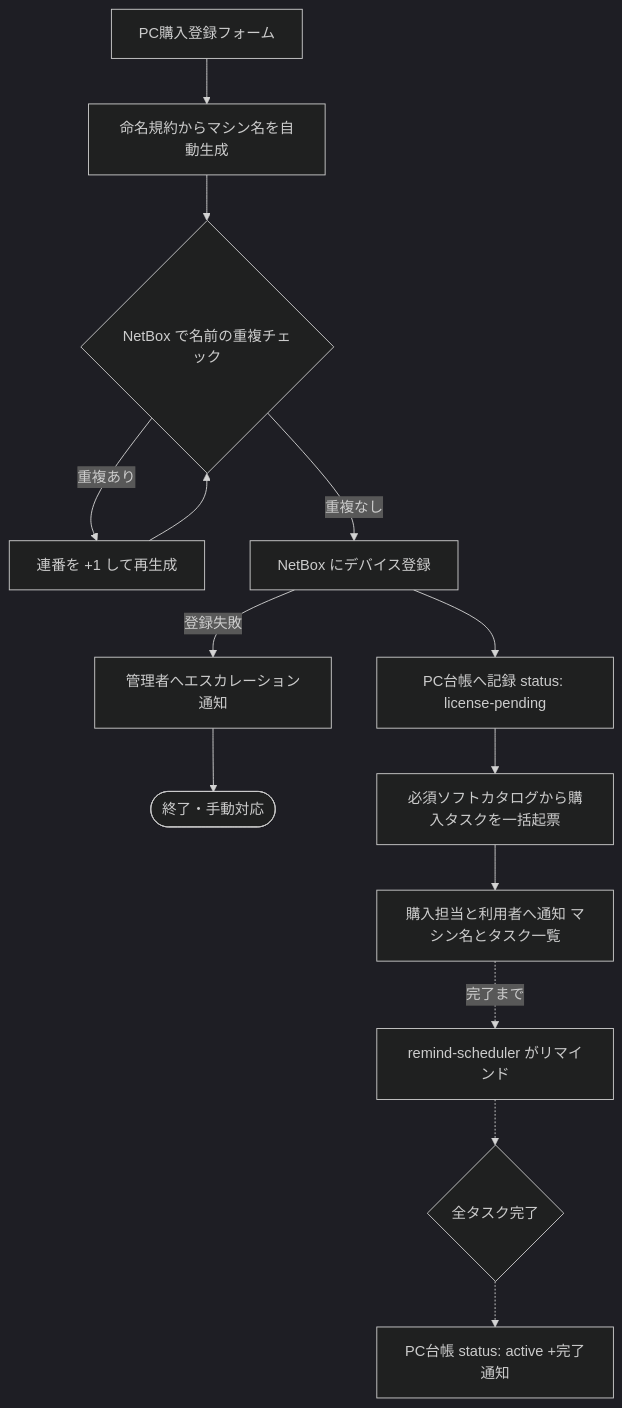
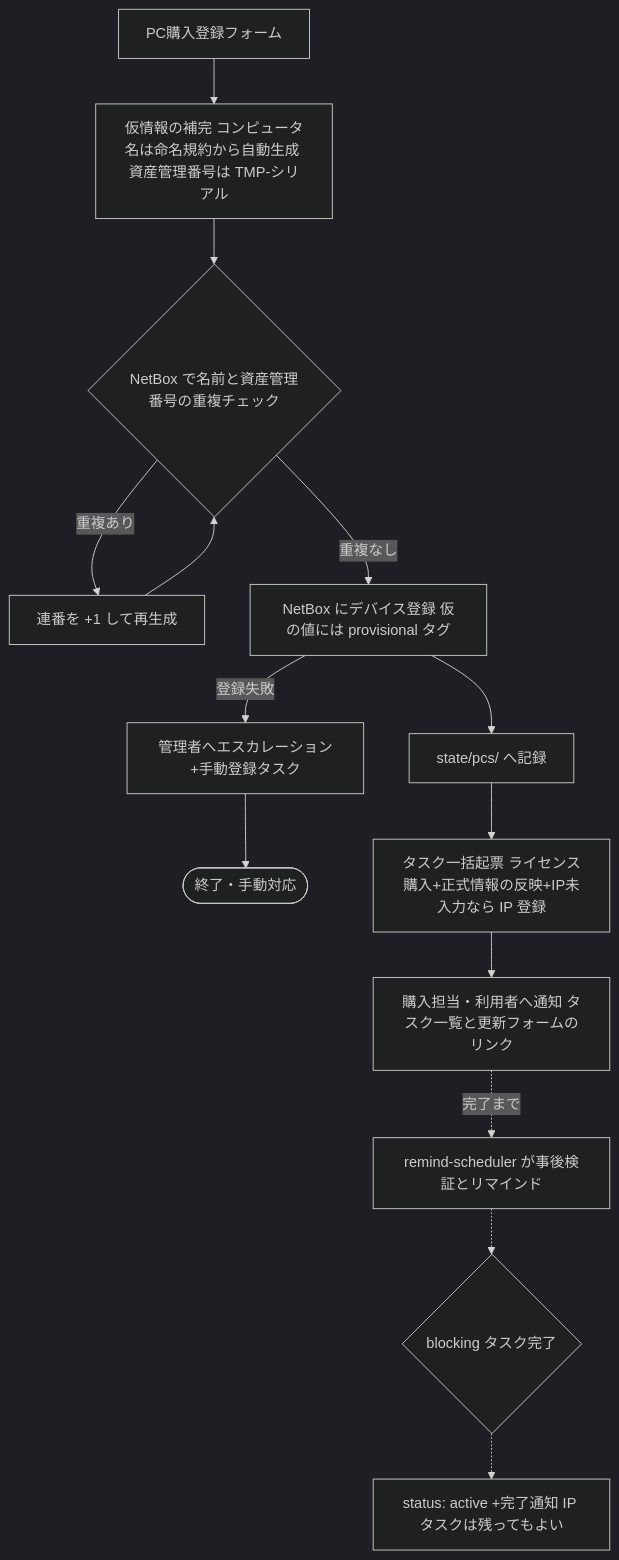
One commit to Koala-Heavy-Industries/n8n-test changed the diagram in docs/design/02-pc-purchase.md. Above: the diagram before and after it, drawn with Mermaid (dark theme). The commit also changed other lines of this file and 5 other files, not shown here.

````diff
--- a/docs/design/02-pc-purchase.md
+++ b/docs/design/02-pc-purchase.md
@@ -11,14 +14,14 @@
 ```mermaid
 flowchart TD
-    A[PC購入登録フォーム] --> B[命名規約からマシン名を自動生成]
-    B --> C{NetBox で名前の重複チェック}
+    A[PC購入登録フォーム] --> B[仮情報の補完 コンピュータ名は命名規約から自動生成 資産管理番号は TMP-シリアル]
+    B --> C{NetBox で名前と資産管理番号の重複チェック}
     C -->|重複あり| C2[連番を +1 して再生成] --> C
-    C -->|重複なし| D[NetBox にデバイス登録]
-    D -->|登録失敗| D2[管理者へエスカレーション通知] --> Z1([終了・手動対応])
-    D --> E[PC台帳へ記録 status: license-pending]
-    E --> F[必須ソフトカタログから購入タスクを一括起票]
-    F --> G[購入担当と利用者へ通知 マシン名とタスク一覧]
-    G -.->|完了まで| R[remind-scheduler がリマインド]
-    R -.-> H{全タスク完了}
-    H -.-> I[PC台帳 status: active +完了通知]
+    C -->|重複なし| D[NetBox にデバイス登録 仮の値には provisional タグ]
+    D -->|登録失敗| D2[管理者へエスカレーション+手動登録タスク] --> Z1([終了・手動対応])
+    D --> E[state/pcs/ へ記録]
+    E --> F[タスク一括起票 ライセンス購入+正式情報の反映+IP未入力なら IP 登録]
+    F --> G[購入担当・利用者へ通知 タスク一覧と更新フォームのリンク]
+    G -.->|完了まで| R[remind-scheduler が事後検証とリマインド]
+    R -.-> H{blocking タスク完了}
+    H -.-> I[status: active +完了通知 IP タスクは残ってもよい]
 ```
````
